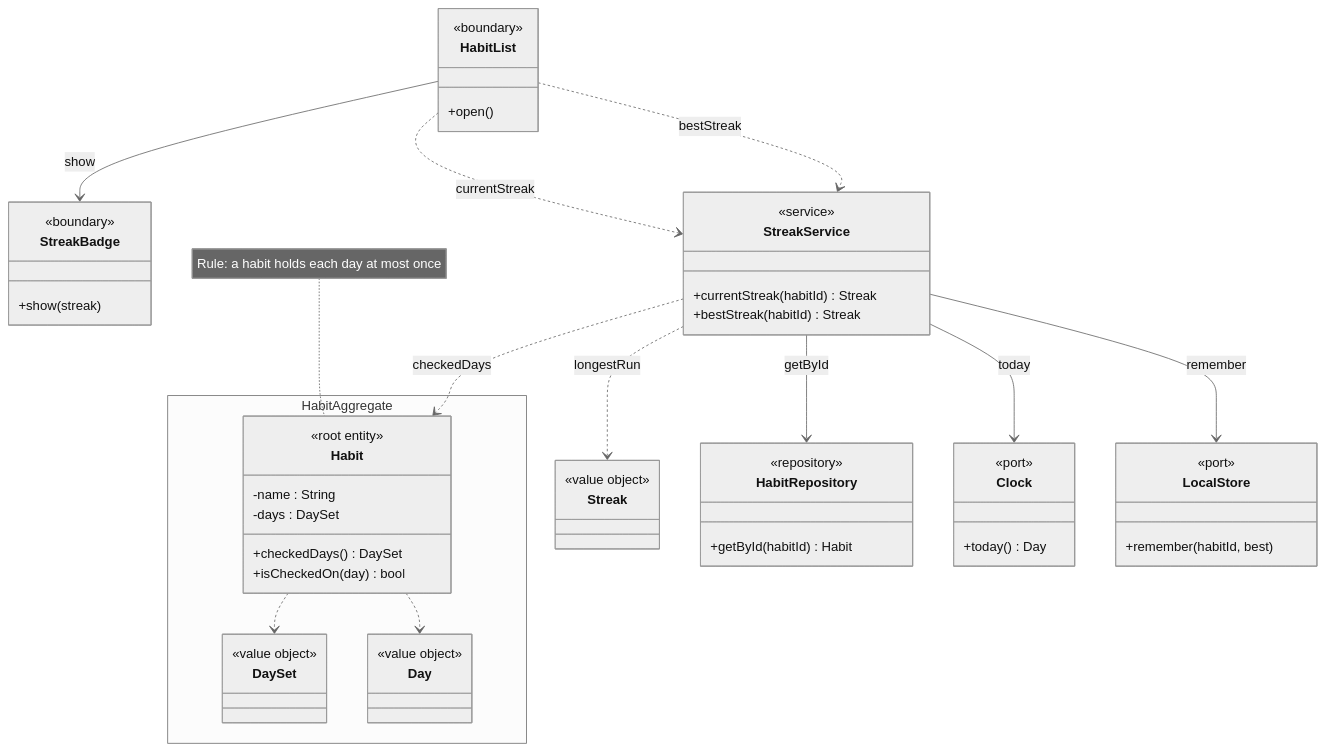
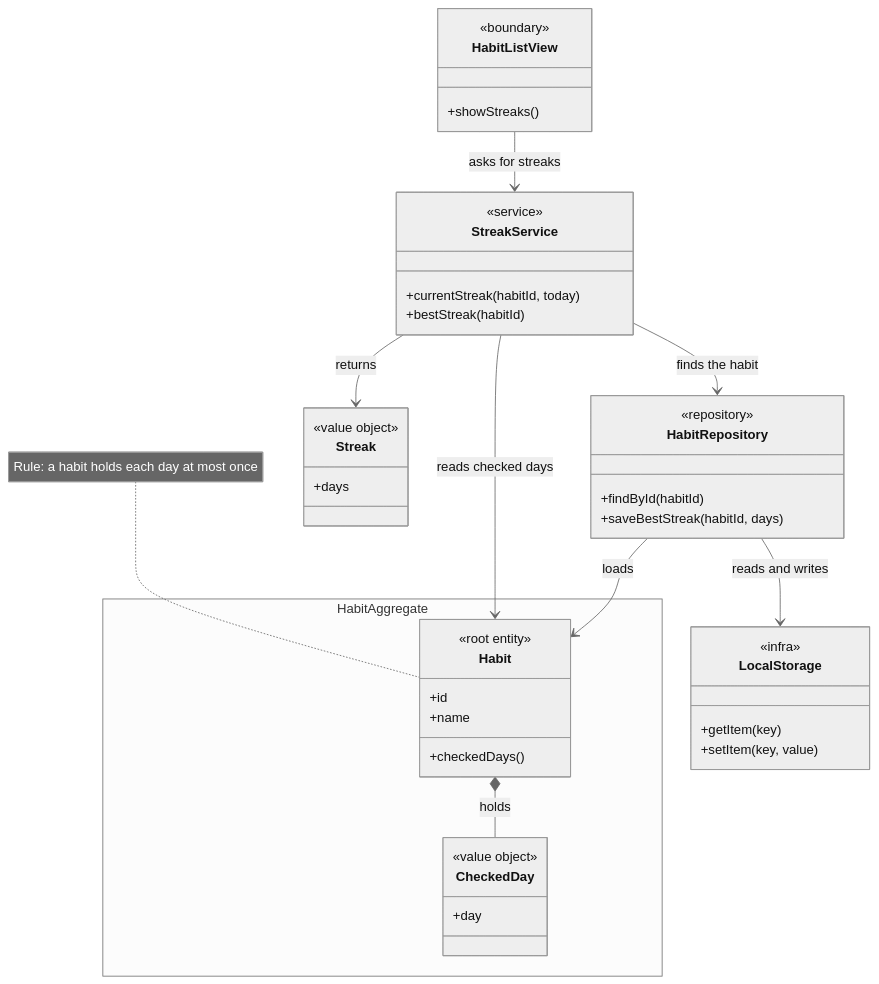
The first of 3 diagrams in toolkit/sample/story-to-code/stages/planned/.plans/habits/slices/streaks/UC-streaks.md (joisse1101/the-toolbox), drawn with Mermaid (neutral theme) before and after one commit. The commit also changed other lines of this file and 24 other files, not shown here.

First line of the commit message:
feat(toolkit): record a real walk of the story-to-code flow

````diff
--- a/toolkit/sample/story-to-code/stages/planned/.plans/habits/slices/streaks/UC-streaks.md
+++ b/toolkit/sample/story-to-code/stages/planned/.plans/habits/slices/streaks/UC-streaks.md
@@ -59,57 +50,46 @@
 ```mermaid
 classDiagram
+  class HabitListView {
+    <<boundary>>
+    +showStreaks()
+  }
+  class StreakService {
+    <<service>>
+    +currentStreak(habitId, today)
+    +bestStreak(habitId)
+  }
+  class HabitRepository {
+    <<repository>>
+    +findById(habitId)
+    +saveBestStreak(habitId, days)
+  }
+  class LocalStorage {
+    <<infra>>
+    +getItem(key)
+    +setItem(key, value)
+  }
+  class Streak {
+    <<value object>>
+    +days
+  }
   namespace HabitAggregate {
     class Habit {
       <<root entity>>
-      -name : String
-      -days : DaySet
-      +checkedDays() DaySet
-      +isCheckedOn(day) bool
+      +id
+      +name
+      +checkedDays()
     }
-    class DaySet {
+    class CheckedDay {
       <<value object>>
-    }
-    class Day {
-      <<value object>>
+      +day
     }
   }
   note for Habit "Rule: a habit holds each day at most once"
-  class HabitList {
-    <<boundary>>
-    +open()
-  }
-  class StreakBadge {
-    <<boundary>>
-    +show(streak)
-  }
-  class StreakService {
-    <<service>>
-    +currentStreak(habitId) Streak
-    +bestStreak(habitId) Streak
-  }
-  class Streak {
-    <<value object>>
-  }
-  class HabitRepository {
-    <<repository>>
-    +getById(habitId) Habit
-  }
-  class Clock {
-    <<port>>
-    +today() Day
-  }
-  class LocalStore {
-    <<port>>
-    +remember(habitId, best)
-  }
-  HabitList ..> StreakService : currentStreak
-  HabitList ..> StreakService : bestStreak
-  HabitList --> StreakBadge : show
-  StreakService --> HabitRepository : getById
-  StreakService ..> Habit : checkedDays
-  StreakService --> Clock : today
-  StreakService ..> Streak : longestRun
-  StreakService --> LocalStore : remember
-  Habit ..> DaySet
-  Habit ..> Day
+  HabitListView --> StreakService : asks for streaks
+  StreakService --> HabitRepository : finds the habit
+  StreakService --> Habit : reads checked days
+  StreakService --> Streak : returns
+  HabitRepository --> Habit : loads
+  HabitRepository --> LocalStorage : reads and writes
+  Habit *-- CheckedDay : holds
 ```
````
